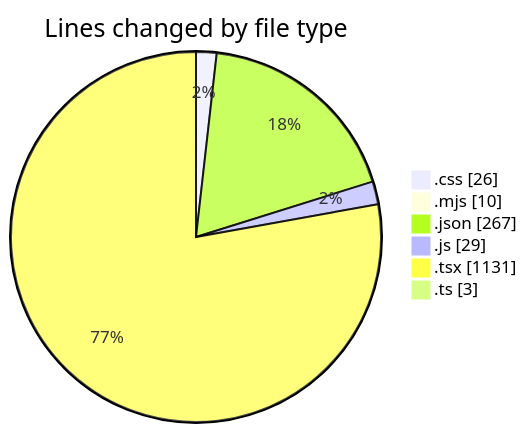
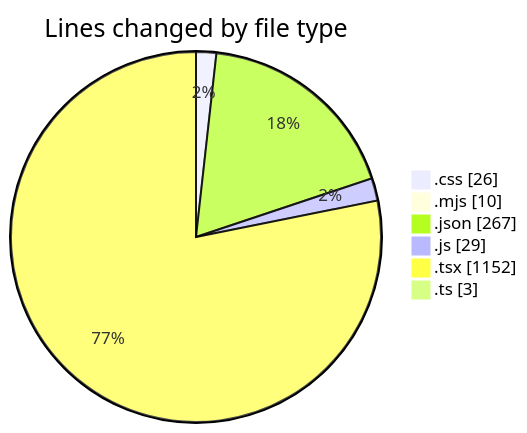
The first of 2 diagrams in 2025-06-23/scopecraft/README.md (Ritupan-Deka/code-tracking), drawn with Mermaid before and after one commit. The commit also changed other lines of this file and 1 other file, not shown here.

````diff
--- a/2025-06-23/scopecraft/README.md
+++ b/2025-06-23/scopecraft/README.md
@@ -42,10 +42,10 @@
 ```mermaid
 pie showData
 title Lines changed by file type
 ".css" : 26
 ".mjs" : 10
 ".json" : 267
 ".js" : 29
-".tsx" : 1131
+".tsx" : 1152
 ".ts" : 3
 ```
````
